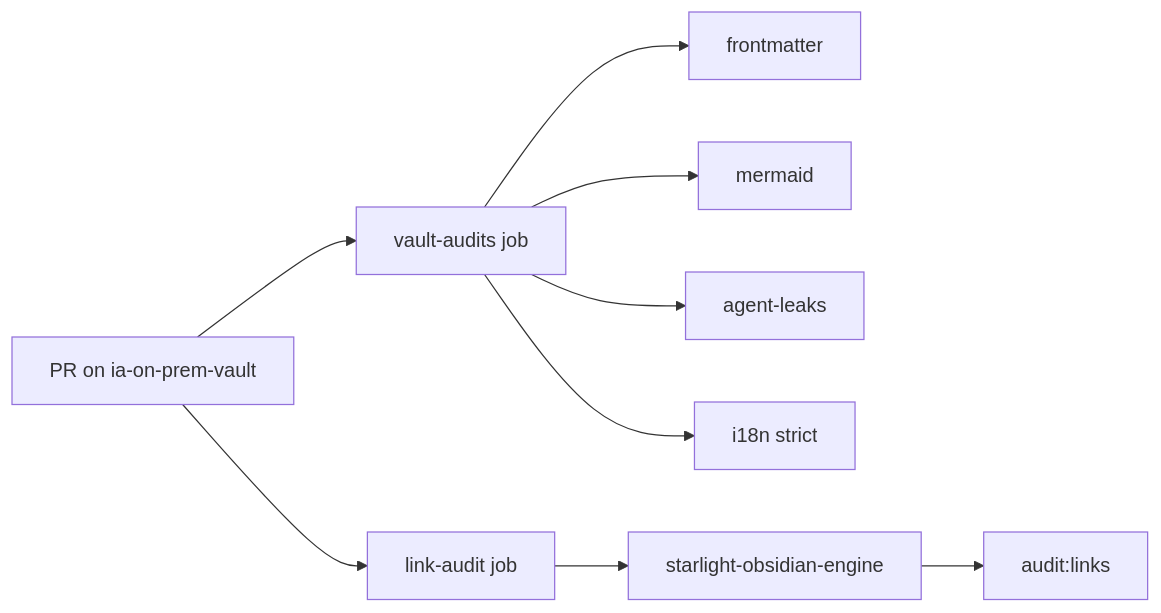
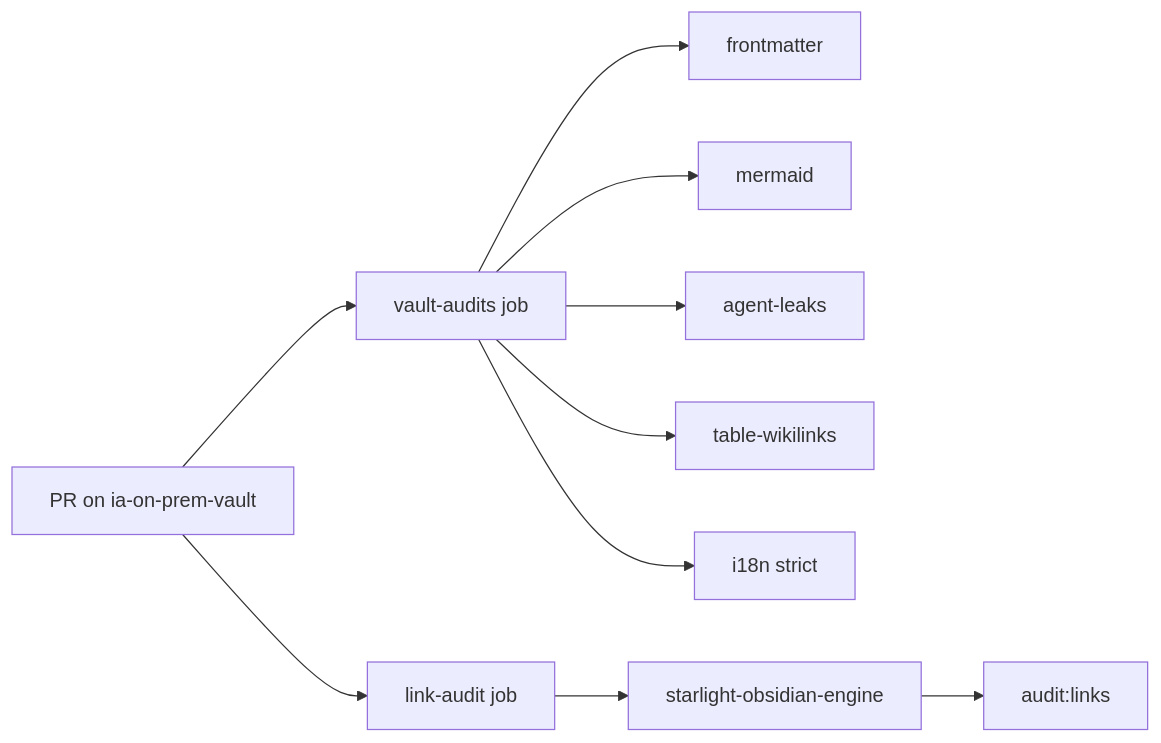
The diagram in docs/quality-checks.md (DamienBecherini/ia-on-prem-vault), drawn with Mermaid before and after one commit. The commit also changed other lines of this file and 25 other files, not shown here.

````diff
--- a/docs/quality-checks.md
+++ b/docs/quality-checks.md
@@ -17,11 +17,12 @@
 ```mermaid
 flowchart LR
   PR[PR on ia-on-prem-vault] --> VA[vault-audits job]
   PR --> LA[link-audit job]
   VA --> T1[frontmatter]
   VA --> T2[mermaid]
   VA --> T3[agent-leaks]
+  VA --> T5[table-wikilinks]
   VA --> T4[i18n strict]
   LA --> ENG[starlight-obsidian-engine]
   ENG --> LINKS[audit:links]
 ```
````
